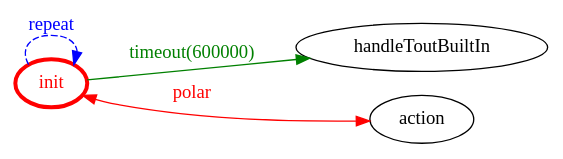
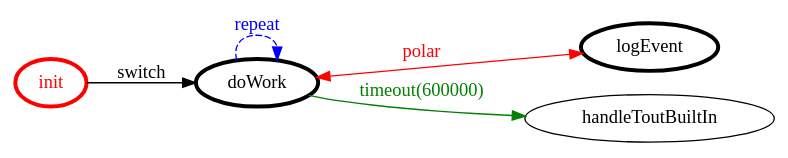
One commit to MatteoMendula/iss2018Lab changed the diagram in it.unibo.mbot.divide/srcMore/it/unibo/polarlogagent/polarlogagent.gv. Above: the diagram before and after it, drawn with Graphviz. The commit also changed 133 other files, not shown here.

```diff
--- a/it.unibo.mbot.divide/srcMore/it/unibo/polarlogagent/polarlogagent.gv
+++ b/it.unibo.mbot.divide/srcMore/it/unibo/polarlogagent/polarlogagent.gv
@@ -1,17 +1,20 @@
 /*
 *
 * A GraphViz DOT FSM description 
 * Please use a GraphViz visualizer (like http://www.webgraphviz.com)
 *  
 */
 
 digraph finite_state_machine {
 	rankdir=LR
 	size="8,5"
 	
 	init [ color = red ][ fontcolor = red ][ penwidth = 3 ]
+	doWork [ color = black ][ fontcolor = black ][ penwidth = 3 ]
+	logEvent [ color = black ][ fontcolor = black ][ penwidth = 3 ]
 	
-	init -> handleToutBuiltIn [ label = "timeout(600000)" ][ color = green ][ fontcolor = green ]
-	init -> action [ label = "polar" ][ color = red ][ fontcolor = red ][ dir = both ]
-	init -> init [ label = "repeat "][ style = dashed ][ color = blue ][ fontcolor = blue ]
+	init -> doWork [ label = "switch" ][ color = black ][ fontcolor = black ]
+	doWork -> logEvent [ label = "polar" ][ color = red ][ fontcolor = red ][ dir = both ]
+	doWork -> doWork [ label = "repeat "][ style = dashed ][ color = blue ][ fontcolor = blue ]
+	doWork -> handleToutBuiltIn [ label = "timeout(600000)" ][ color = green ][ fontcolor = green ]
 }
```
